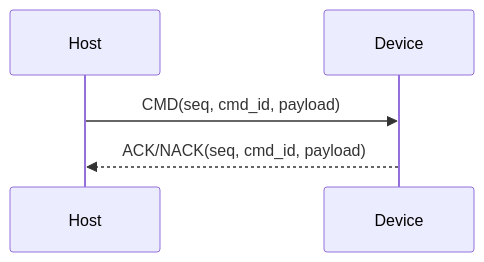
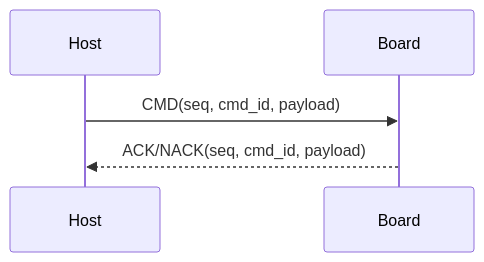
Before and after one commit to brahimab8/stm32-power-scope: the sixth of 7 diagrams in docs/architecture.md, drawn with Mermaid. The commit also changed other lines of this file and 8 other files, not shown here.

Commit message:
docs: rewrite README and architecture; add new docs for the daemon, ctr_cli and build & test workflows; ensure path consistency across docs

````diff
--- a/docs/architecture.md
+++ b/docs/architecture.md
@@ -96,8 +212,8 @@
 ```mermaid
 sequenceDiagram
   participant Host as Host
-  participant Dev as Device
+  participant Board as Board
 
-  Host->>Dev: CMD(seq, cmd_id, payload)
-  Dev-->>Host: ACK/NACK(seq, cmd_id, payload)
+  Host->>Board: CMD(seq, cmd_id, payload)
+  Board-->>Host: ACK/NACK(seq, cmd_id, payload)
 ```
````
